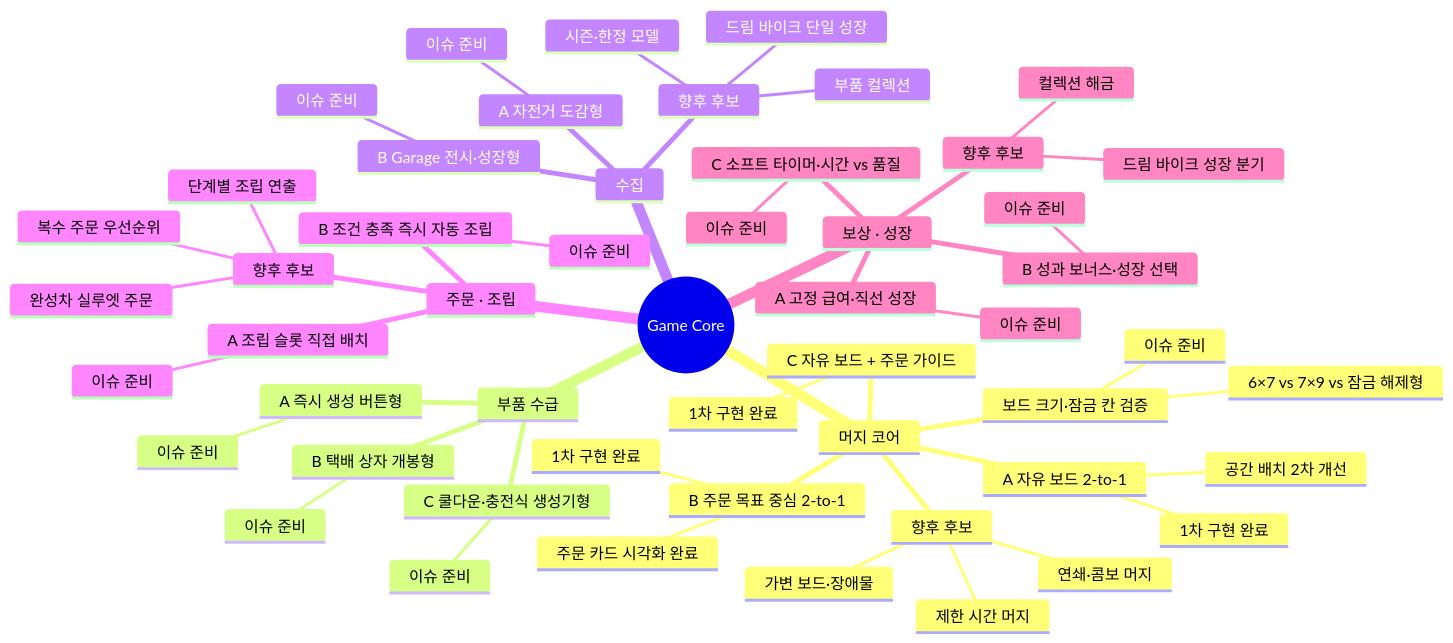
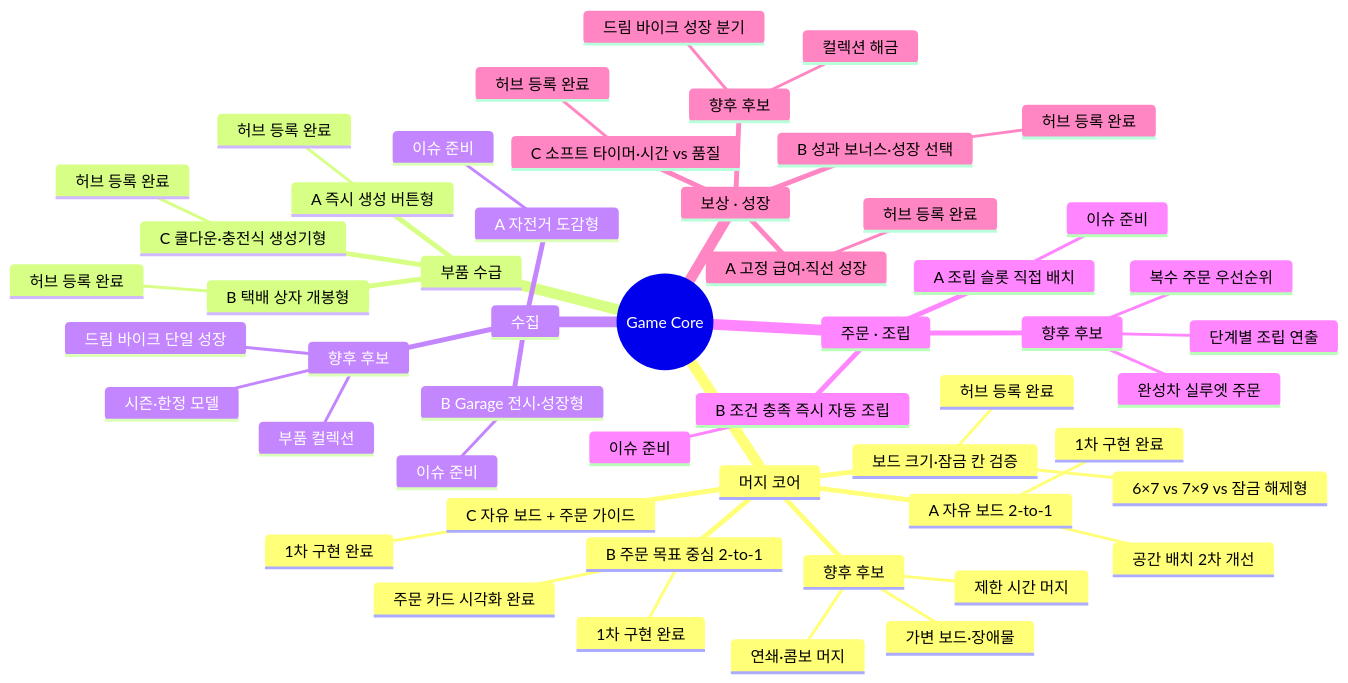
The second of 4 diagrams in docs/LAB_PROTOTYPE_MAP.md (aigemro/dream-bike-garage-lab), drawn with Mermaid before and after one commit. The commit also changed other lines of this file and 10 other files, not shown here.

````diff
--- a/docs/LAB_PROTOTYPE_MAP.md
+++ b/docs/LAB_PROTOTYPE_MAP.md
@@ -39,55 +39,55 @@
 ```mermaid
 mindmap
   root((Game Core))
     머지 코어
       A 자유 보드 2-to-1
         1차 구현 완료
         공간 배치 2차 개선
       B 주문 목표 중심 2-to-1
         1차 구현 완료
         주문 카드 시각화 완료
       C 자유 보드 + 주문 가이드
         1차 구현 완료
       보드 크기·잠금 칸 검증
         6×7 vs 7×9 vs 잠금 해제형
-        이슈 준비
+        허브 등록 완료
       향후 후보
         연쇄·콤보 머지
         제한 시간 머지
         가변 보드·장애물
     부품 수급
       A 즉시 생성 버튼형
-        이슈 준비
+        허브 등록 완료
       B 택배 상자 개봉형
-        이슈 준비
+        허브 등록 완료
       C 쿨다운·충전식 생성기형
-        이슈 준비
+        허브 등록 완료
     수집
       A 자전거 도감형
         이슈 준비
       B Garage 전시·성장형
         이슈 준비
       향후 후보
         드림 바이크 단일 성장
         부품 컬렉션
         시즌·한정 모델
     주문 · 조립
       A 조립 슬롯 직접 배치
         이슈 준비
       B 조건 충족 즉시 자동 조립
         이슈 준비
       향후 후보
         단계별 조립 연출
         완성차 실루엣 주문
         복수 주문 우선순위
     보상 · 성장
       A 고정 급여·직선 성장
-        이슈 준비
+        허브 등록 완료
       B 성과 보너스·성장 선택
-        이슈 준비
+        허브 등록 완료
       C 소프트 타이머·시간 vs 품질
-        이슈 준비
+        허브 등록 완료
       향후 후보
         컬렉션 해금
         드림 바이크 성장 분기
 ```
````
